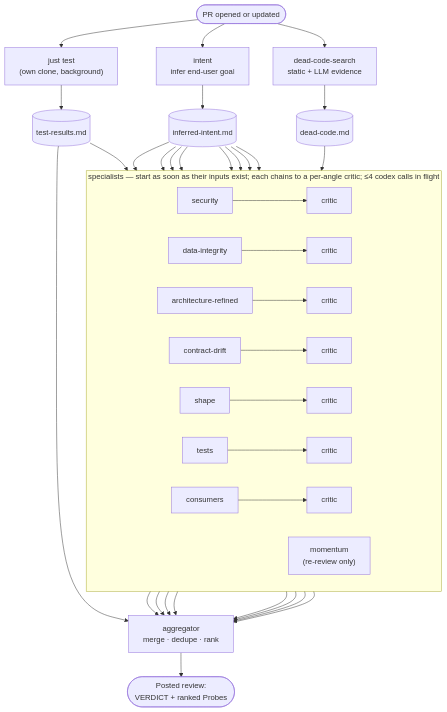
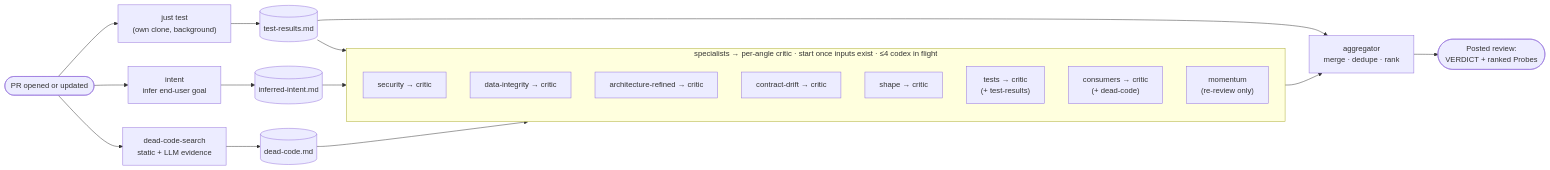
The diagram in README.md (plow-pbc/knightwatch-reviewer), drawn with Mermaid before and after one commit.

Commit message:
README: compact the review-pipeline mermaid diagram (#312)
Left-to-right layout, specialists grouped as one subgraph with single
fan-in/fan-out edges instead of 8 routed lanes each way — removes the
large empty band between the critics and the aggregator.

````diff
--- a/README.md
+++ b/README.md
@@ -53,28 +53,26 @@
 ```mermaid
-flowchart TB
+flowchart LR
     PR([PR opened or updated]) --> jt & intent & dcs
 
     jt["just test<br/>(own clone, background)"] --> tg[(test-results.md)]
     intent[intent<br/>infer end-user goal] --> ii[(inferred-intent.md)]
     dcs[dead-code-search<br/>static + LLM evidence] --> dc[(dead-code.md)]
 
-    ii --> sec & di & archref & cd & shp & tst & cons & mom
-    dc --> cons
-    tg --> tst
+    tg & ii & dc --> S
 
-    subgraph S[specialists — start as soon as their inputs exist; each chains to a per-angle critic; ≤4 codex calls in flight]
-        direction LR
-        sec[security] --> ksec[critic]
-        di[data-integrity] --> kdi[critic]
-        archref["architecture-refined"] --> karchref[critic]
-        cd["contract-drift"] --> kcd[critic]
-        shp[shape] --> kshp[critic]
-        tst[tests] --> ktst[critic]
-        cons[consumers] --> kcons[critic]
+    subgraph S[specialists → per-angle critic · start once inputs exist · ≤4 codex in flight]
+        direction TB
+        sec[security → critic]
+        di[data-integrity → critic]
+        archref[architecture-refined → critic]
+        cd[contract-drift → critic]
+        shp[shape → critic]
+        tst["tests → critic<br/>(+ test-results)"]
+        cons["consumers → critic<br/>(+ dead-code)"]
         mom["momentum<br/>(re-review only)"]
     end
 
-    ksec & kdi & karchref & kcd & kshp & ktst & kcons & mom --> agg["aggregator<br/>merge · dedupe · rank"]
+    S --> agg["aggregator<br/>merge · dedupe · rank"]
     tg --> agg
     agg --> out([Posted review:<br/>VERDICT + ranked Probes])
 ```
````
